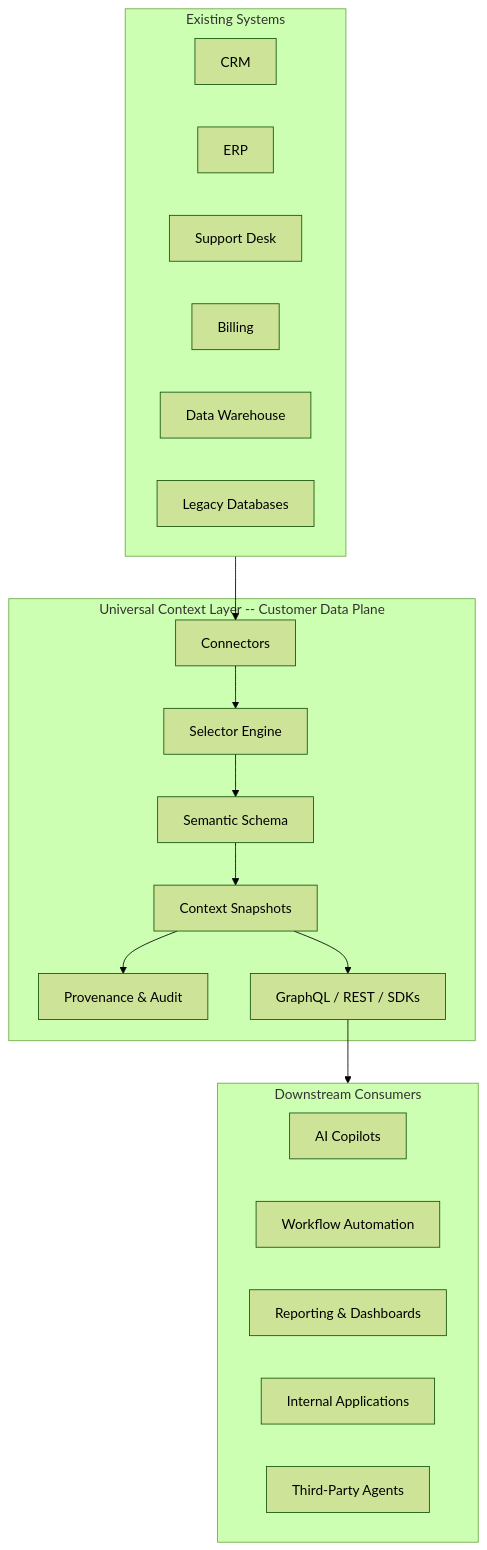
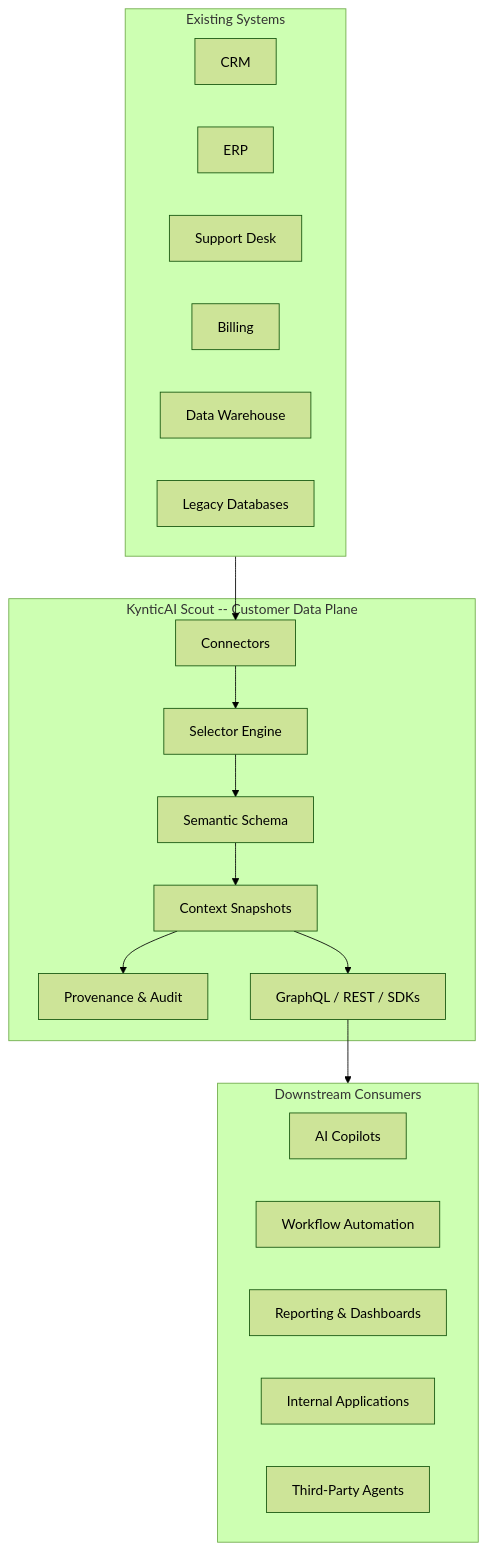
Before and after one commit to PaulJMaddison/scout: the first of 2 diagrams in README.md, drawn with Mermaid (forest theme). The commit also changed other lines of this file and 572 other files, not shown here.

Commit message:
Rebrand open-source repo to KynticAI Scout

````diff
--- a/README.md
+++ b/README.md
@@ -102,36 +85,36 @@
 ```mermaid
 flowchart TB
     subgraph Sources["Existing Systems"]
         CRM["CRM"]
         ERP["ERP"]
         Support["Support Desk"]
         Billing["Billing"]
         Warehouse["Data Warehouse"]
         Legacy["Legacy Databases"]
     end
 
-    subgraph UCL["Universal Context Layer -- Customer Data Plane"]
+    subgraph Scout["KynticAI Scout -- Customer Data Plane"]
         Connectors["Connectors"]
         Selectors["Selector Engine"]
         Schema["Semantic Schema"]
         Snapshots["Context Snapshots"]
         Provenance["Provenance & Audit"]
         APIs["GraphQL / REST / SDKs"]
     end
 
     subgraph Consumers["Downstream Consumers"]
         Copilots["AI Copilots"]
         Workflows["Workflow Automation"]
         Reports["Reporting & Dashboards"]
         Apps["Internal Applications"]
         Agents["Third-Party Agents"]
     end
 
     Sources --> Connectors
     Connectors --> Selectors
     Selectors --> Schema
     Schema --> Snapshots
     Snapshots --> Provenance
     Snapshots --> APIs
     APIs --> Consumers
 ```
````
